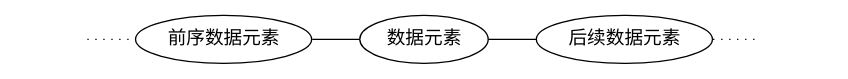
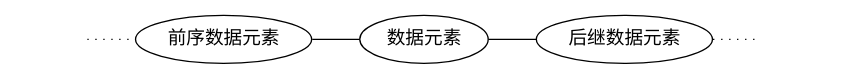
The first of 6 diagrams in src/第〇章-绪论.md (xavierwoo/data_structrues_notes), drawn with Graphviz before and after one commit. The commit also changed 3 other files, not shown here.

````diff
--- a/src/第〇章-绪论.md
+++ b/src/第〇章-绪论.md
@@ -26,9 +26,9 @@
 ```dot
 graph G{
     rankdir = LR;
     P, N[style=invis]
     P--前序数据元素 [style=dotted]
-    后续数据元素--N [style=dotted]
-    前序数据元素--数据元素--后续数据元素;
+    后继数据元素--N [style=dotted]
+    前序数据元素--数据元素--后继数据元素;
 }
 ```
````
